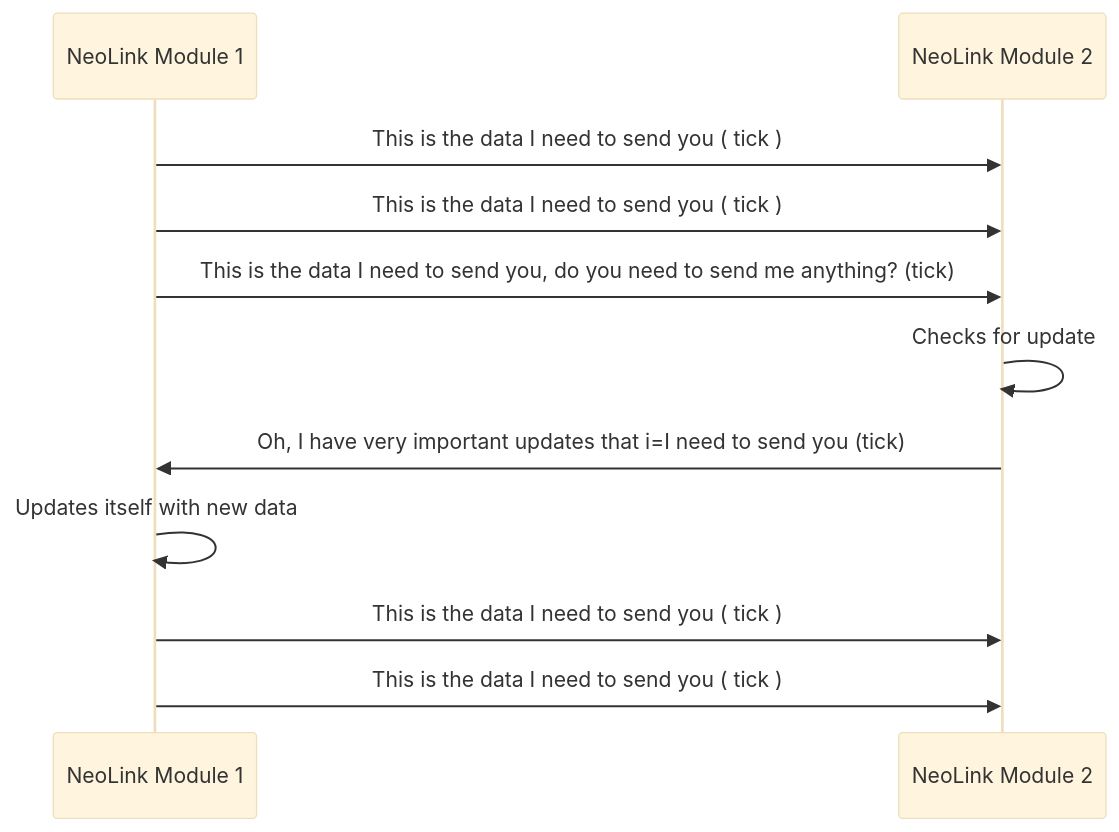
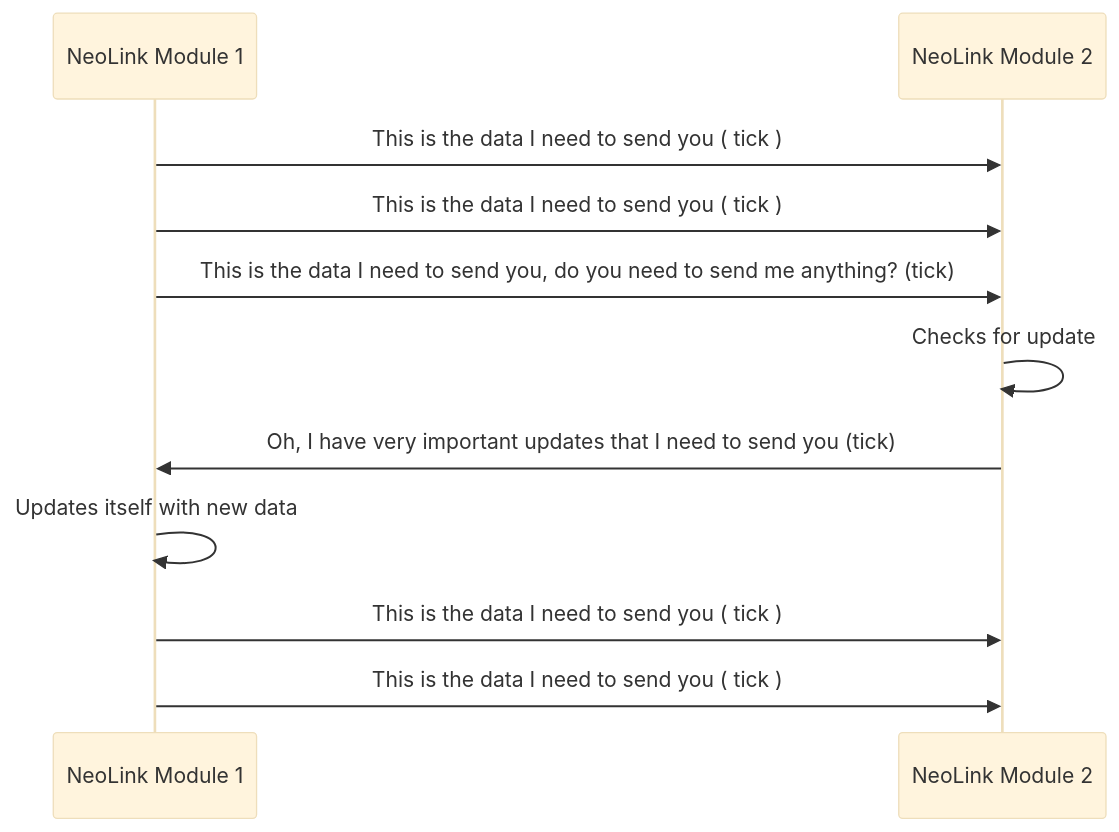
Before and after one commit to why-shiro/NeoLink: the second of 2 diagrams in README.md, drawn with Mermaid (base theme).

Commit message:
Update README.md
fixing typo

````diff
--- a/README.md
+++ b/README.md
@@ -47,11 +47,11 @@
 ```mermaid
 sequenceDiagram
 NeoLink Module 1 ->> NeoLink Module 2: This is the data I need to send you ( tick )
 NeoLink Module 1 ->> NeoLink Module 2: This is the data I need to send you ( tick )
 NeoLink Module 1 ->> NeoLink Module 2: This is the data I need to send you, do you need to send me anything? (tick)
 NeoLink Module 2 ->> NeoLink Module 2: Checks for update
-NeoLink Module 2 ->> NeoLink Module 1: Oh, I have very important updates that i=I need to send you (tick)
+NeoLink Module 2 ->> NeoLink Module 1: Oh, I have very important updates that I need to send you (tick)
 NeoLink Module 1 ->> NeoLink Module 1: Updates itself with new data
 NeoLink Module 1 ->> NeoLink Module 2: This is the data I need to send you ( tick )
 NeoLink Module 1 ->> NeoLink Module 2: This is the data I need to send you ( tick )
 ```
````
